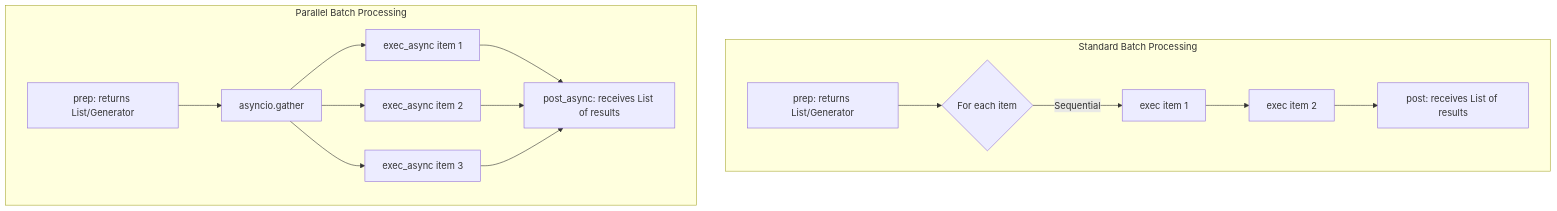
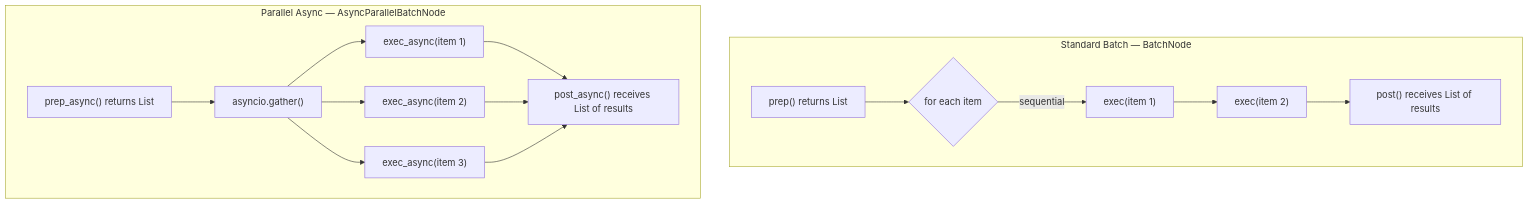
One commit to lauronjohn/PocketFlow-Minimalist-LLM-Agent-Framework changed the seventh of 15 diagrams in README.md. Above: the diagram before and after it, drawn with Mermaid. The commit also changed other lines of this file, not shown here.

First line of the commit message:
Overhaul README with full architecture recovery using 4+1, R&W, and ISO 42010

````diff
--- a/README.md
+++ b/README.md
@@ -413,17 +511,17 @@
 ```mermaid
 graph TD
-    subgraph BatchNode [Standard Batch Processing]
-        B_prep[prep: returns List/Generator] --> B_loop{For each item}
-        B_loop -->|Sequential| B_exec1[exec item 1]
-        B_exec1 --> B_exec2[exec item 2]
-        B_exec2 --> B_post[post: receives List of results]
+    subgraph BatchNode["Standard Batch — BatchNode"]
+        B_prep["prep() returns List"] --> B_loop{for each item}
+        B_loop -->|sequential| B_exec1["exec(item 1)"]
+        B_exec1 --> B_exec2["exec(item 2)"]
+        B_exec2 --> B_post["post() receives List of results"]
     end
 
-    subgraph AsyncParallelBatchNode [Parallel Batch Processing]
-        P_prep[prep: returns List/Generator] --> P_gather[asyncio.gather]
-        P_gather --> P_exec1[exec_async item 1]
-        P_gather --> P_exec2[exec_async item 2]
-        P_gather --> P_exec3[exec_async item 3]
-        P_exec1 & P_exec2 & P_exec3 --> P_post[post_async: receives List of results]
+    subgraph AsyncParallel["Parallel Async — AsyncParallelBatchNode"]
+        P_prep["prep_async() returns List"] --> P_gather["asyncio.gather()"]
+        P_gather --> P_exec1["exec_async(item 1)"]
+        P_gather --> P_exec2["exec_async(item 2)"]
+        P_gather --> P_exec3["exec_async(item 3)"]
+        P_exec1 & P_exec2 & P_exec3 --> P_post["post_async() receives List of results"]
     end
 ```
````
